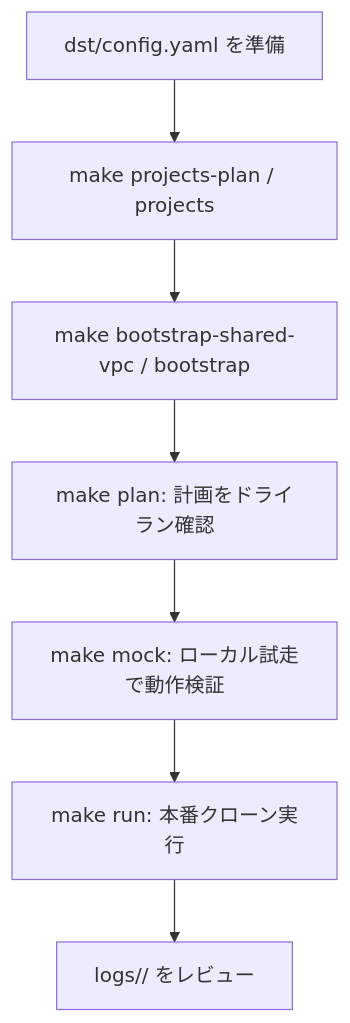
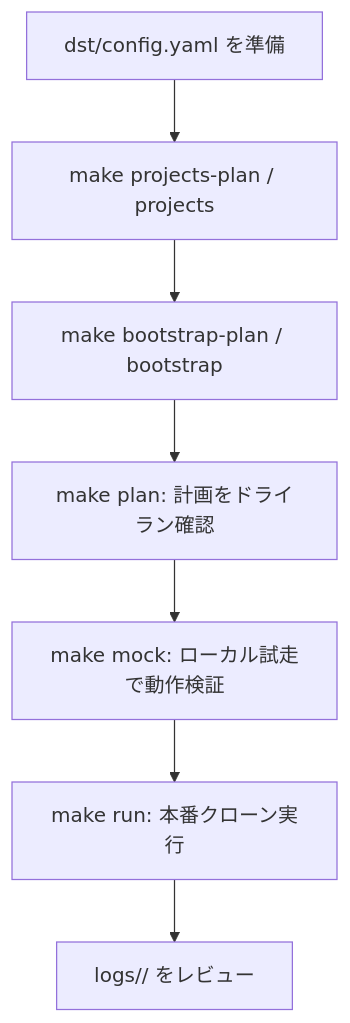
Before and after one commit to shin5ok/gcp-copy-allenv: the first of 2 diagrams in README.md, drawn with Mermaid. The commit also changed other lines of this file and 1 other file, not shown here.

Commit message:
docs: bootstrap 手順を認証パターン共通の make bootstrap-plan / bootstrap に統一 (SA 未指定は自動スキップ)

````diff
--- a/README.md
+++ b/README.md
@@ -219,9 +220,9 @@
 ```mermaid
 graph TD
     A[dst/config.yaml を準備] --> B[make projects-plan / projects]
-    B --> B2[make bootstrap-shared-vpc / bootstrap]
+    B --> B2[make bootstrap-plan / bootstrap]
     B2 --> C[make plan: 計画をドライラン確認]
     C --> D[make mock: ローカル試走で動作検証]
     D --> E[make run: 本番クローン実行]
     E --> F[logs/<timestamp>/ をレビュー]
 ```
````
